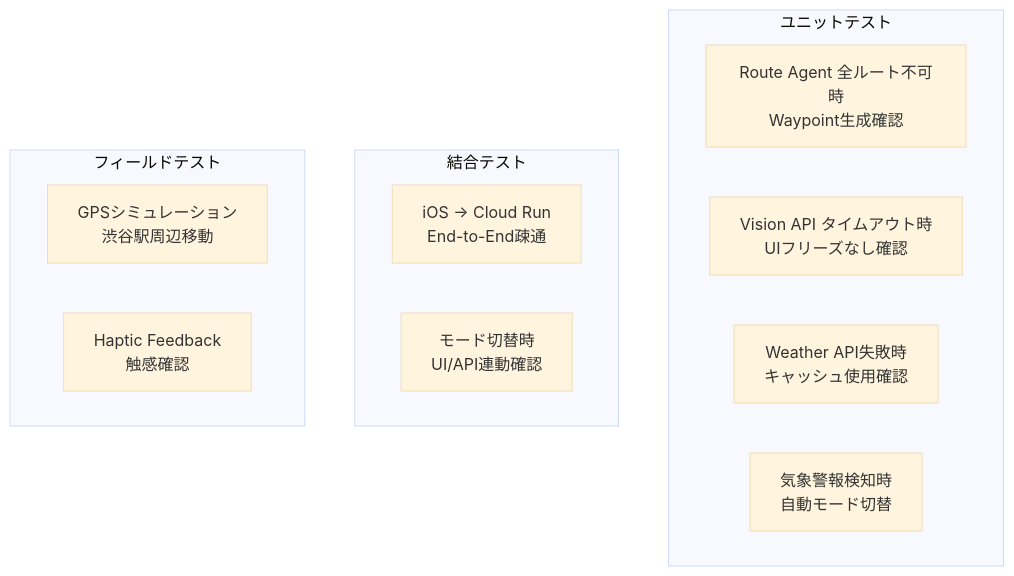
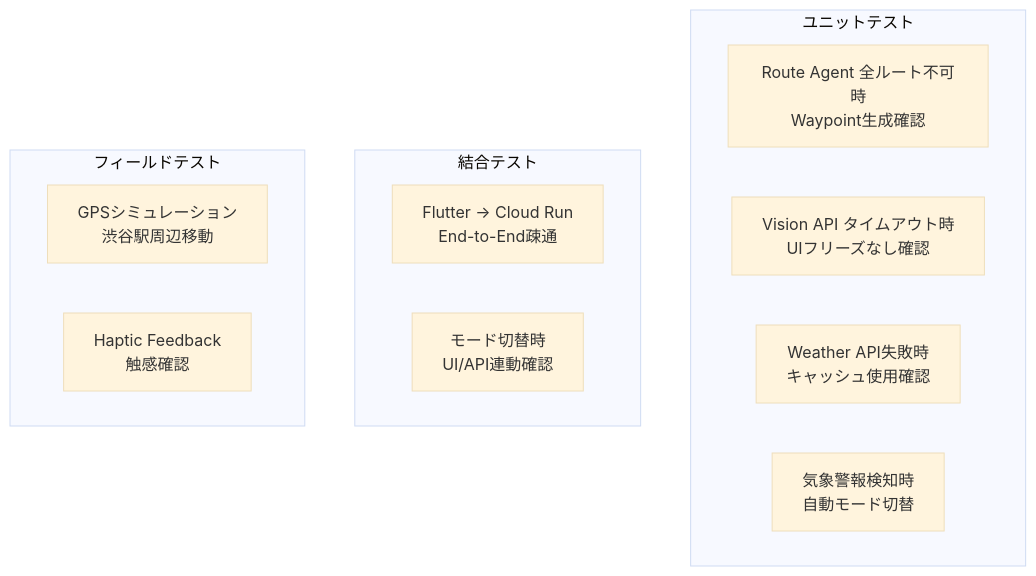
One commit to Ryg-appdev/safe-routing-ai-navigation changed the sixth of 6 diagrams in Docs/確定/09_デモシナリオ・テスト計画書.md. Above: the diagram before and after it, drawn with Mermaid (base theme). The commit also changed other lines of this file and 12 other files, not shown here.

````diff
--- a/Docs/確定/09_デモシナリオ・テスト計画書.md
+++ b/Docs/確定/09_デモシナリオ・テスト計画書.md
@@ -100,19 +100,19 @@
 ```mermaid
 flowchart TD
     subgraph Unit ["ユニットテスト"]
         U1["Route Agent 全ルート不可時<br/>Waypoint生成確認"]
         U2["Vision API タイムアウト時<br/>UIフリーズなし確認"]
         U3["Weather API失敗時<br/>キャッシュ使用確認"]
         U4["気象警報検知時<br/>自動モード切替"]
     end
     
     subgraph Integration ["結合テスト"]
-        I1["iOS → Cloud Run<br/>End-to-End疎通"]
+        I1["Flutter → Cloud Run<br/>End-to-End疎通"]
         I2["モード切替時<br/>UI/API連動確認"]
     end
     
     subgraph Field ["フィールドテスト"]
         F1["GPSシミュレーション<br/>渋谷駅周辺移動"]
         F2["Haptic Feedback<br/>触感確認"]
     end
 ```
````
